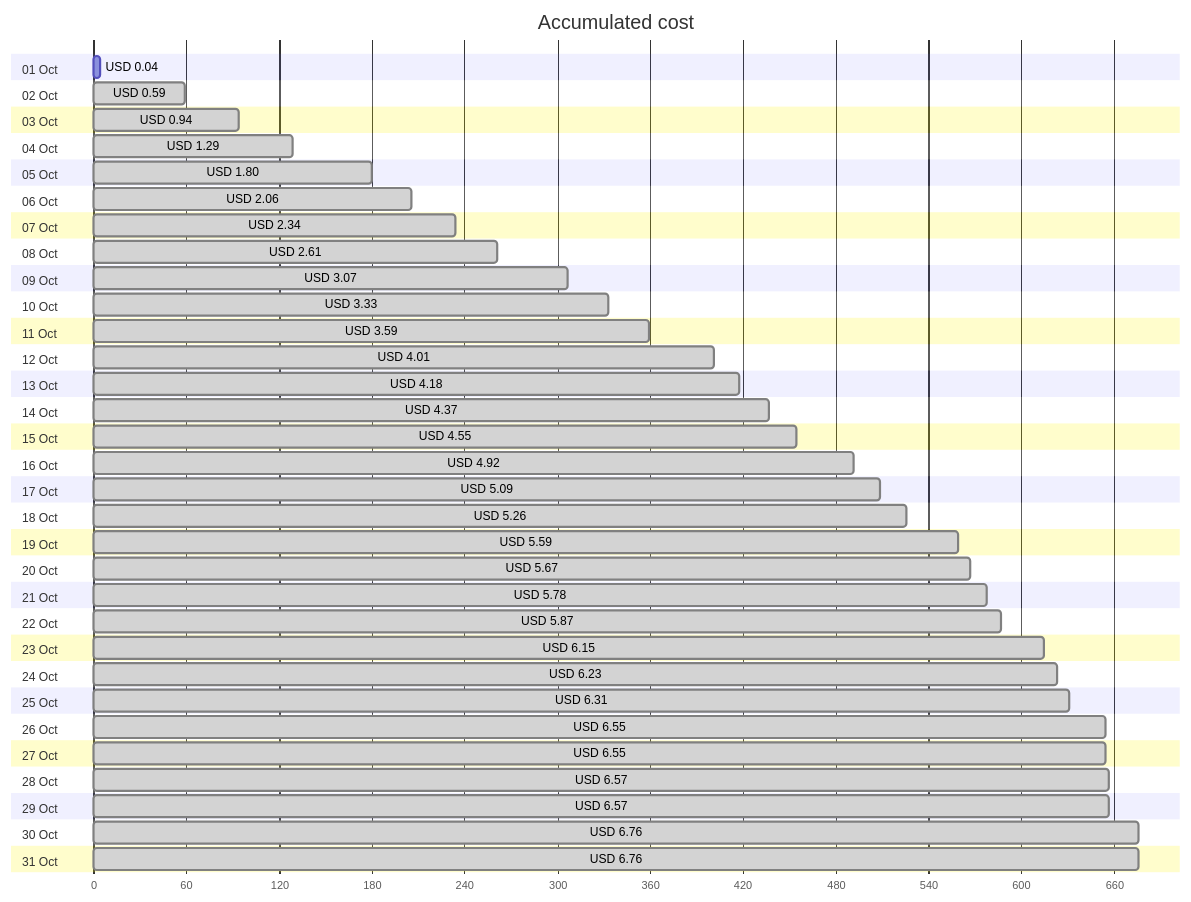
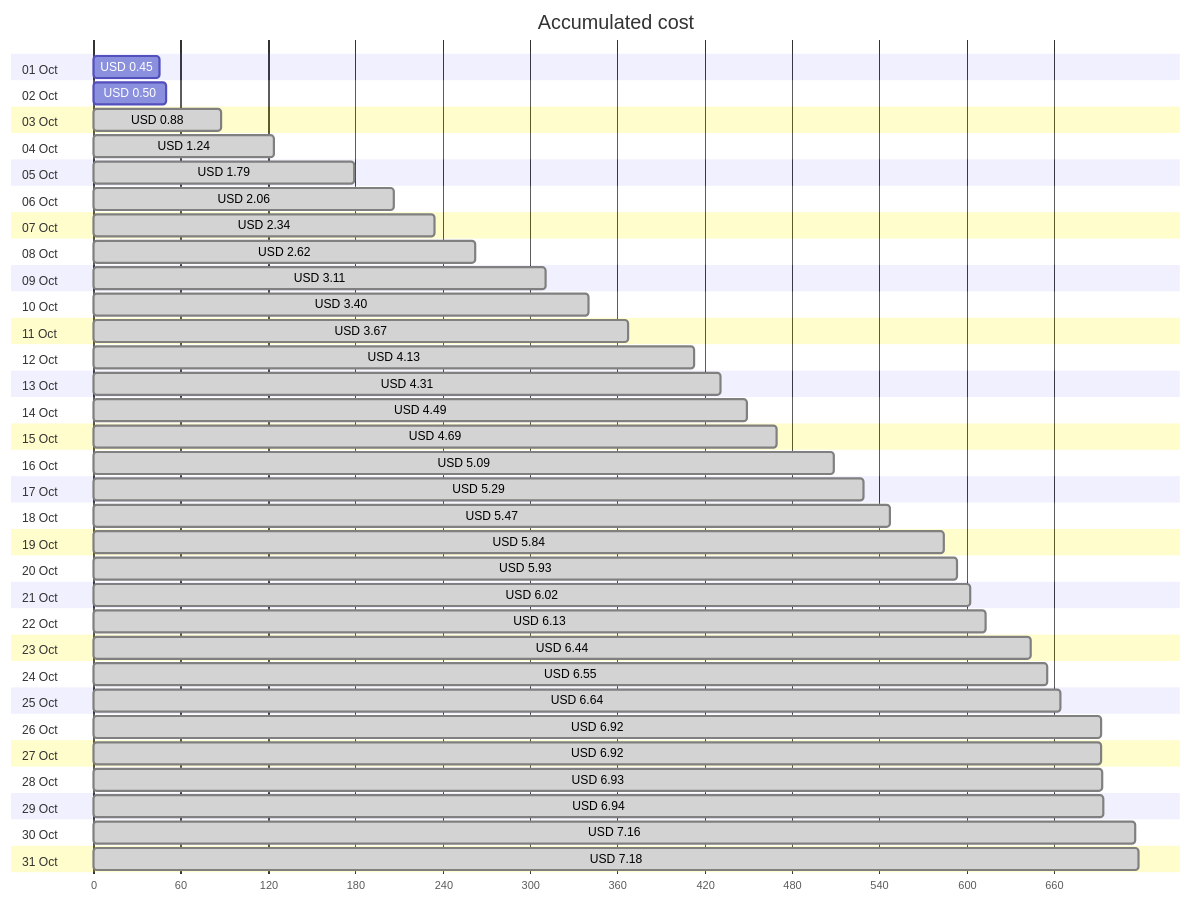
The first of 4 diagrams in cost-reports/personal-network/vpn-server.md (jpfulton/azure-personal-reports), drawn with Mermaid before and after one commit. The commit also changed other lines of this file and 9 other files, not shown here.

````diff
--- a/cost-reports/personal-network/vpn-server.md
+++ b/cost-reports/personal-network/vpn-server.md
@@ -20,68 +20,68 @@
 ```mermaid
 gantt
    title Accumulated cost
    dateFormat  X
    axisFormat %s
    section 01 Oct
-   USD 0.04 :0, 4
+   USD 0.45 :0, 45
    section 02 Oct
-   USD 0.59 : done, 0, 59
+   USD 0.50 :0, 50
    section 03 Oct
-   USD 0.94 : done, 0, 94
+   USD 0.88 : done, 0, 88
    section 04 Oct
-   USD 1.29 : done, 0, 129
+   USD 1.24 : done, 0, 124
    section 05 Oct
-   USD 1.80 : done, 0, 180
+   USD 1.79 : done, 0, 179
    section 06 Oct
    USD 2.06 : done, 0, 206
    section 07 Oct
    USD 2.34 : done, 0, 234
    section 08 Oct
-   USD 2.61 : done, 0, 261
+   USD 2.62 : done, 0, 262
    section 09 Oct
-   USD 3.07 : done, 0, 307
+   USD 3.11 : done, 0, 311
    section 10 Oct
-   USD 3.33 : done, 0, 333
+   USD 3.40 : done, 0, 340
    section 11 Oct
-   USD 3.59 : done, 0, 359
+   USD 3.67 : done, 0, 367
    section 12 Oct
-   USD 4.01 : done, 0, 401
+   USD 4.13 : done, 0, 413
    section 13 Oct
-   USD 4.18 : done, 0, 418
+   USD 4.31 : done, 0, 431
    section 14 Oct
-   USD 4.37 : done, 0, 437
+   USD 4.49 : done, 0, 449
    section 15 Oct
-   USD 4.55 : done, 0, 455
+   USD 4.69 : done, 0, 469
    section 16 Oct
-   USD 4.92 : done, 0, 492
+   USD 5.09 : done, 0, 509
    section 17 Oct
-   USD 5.09 : done, 0, 509
+   USD 5.29 : done, 0, 529
    section 18 Oct
-   USD 5.26 : done, 0, 526
+   USD 5.47 : done, 0, 547
    section 19 Oct
-   USD 5.59 : done, 0, 559
+   USD 5.84 : done, 0, 584
    section 20 Oct
-   USD 5.67 : done, 0, 567
+   USD 5.93 : done, 0, 593
    section 21 Oct
-   USD 5.78 : done, 0, 578
+   USD 6.02 : done, 0, 602
    section 22 Oct
-   USD 5.87 : done, 0, 587
+   USD 6.13 : done, 0, 613
    section 23 Oct
-   USD 6.15 : done, 0, 615
+   USD 6.44 : done, 0, 644
    section 24 Oct
-   USD 6.23 : done, 0, 623
+   USD 6.55 : done, 0, 655
    section 25 Oct
-   USD 6.31 : done, 0, 631
+   USD 6.64 : done, 0, 664
    section 26 Oct
-   USD 6.55 : done, 0, 655
+   USD 6.92 : done, 0, 692
    section 27 Oct
-   USD 6.55 : done, 0, 655
+   USD 6.92 : done, 0, 692
    section 28 Oct
-   USD 6.57 : done, 0, 657
+   USD 6.93 : done, 0, 693
    section 29 Oct
-   USD 6.57 : done, 0, 657
+   USD 6.94 : done, 0, 694
    section 30 Oct
-   USD 6.76 : done, 0, 676
+   USD 7.16 : done, 0, 716
    section 31 Oct
-   USD 6.76 : done, 0, 676
+   USD 7.18 : done, 0, 718
 ```
````
